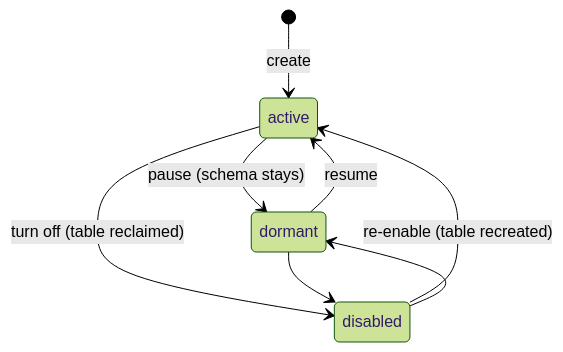
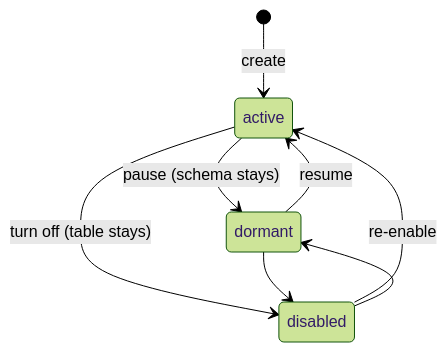
Before and after one commit to hyperi-io/dfe-engine: the diagram in docs/data-plane/source-registry.md, drawn with Mermaid (forest theme). The commit also changed other lines of this file and 27 other files, not shown here.

````diff
--- a/docs/data-plane/source-registry.md
+++ b/docs/data-plane/source-registry.md
@@ -25,10 +25,10 @@
 ```mermaid
 stateDiagram-v2
     [*] --> active: create
     active --> dormant: pause (schema stays)
     dormant --> active: resume
-    active --> disabled: turn off (table reclaimed)
+    active --> disabled: turn off (table stays)
     dormant --> disabled
-    disabled --> active: re-enable (table recreated)
+    disabled --> active: re-enable
     disabled --> dormant
 ```
````
